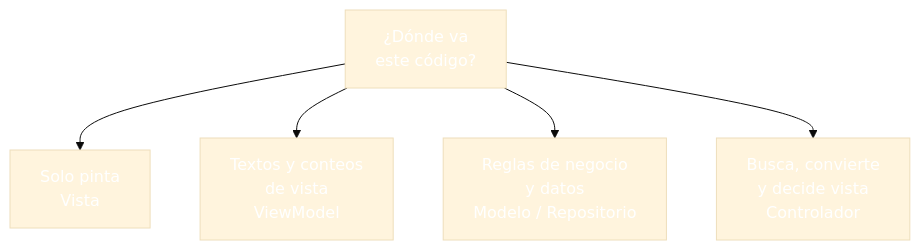
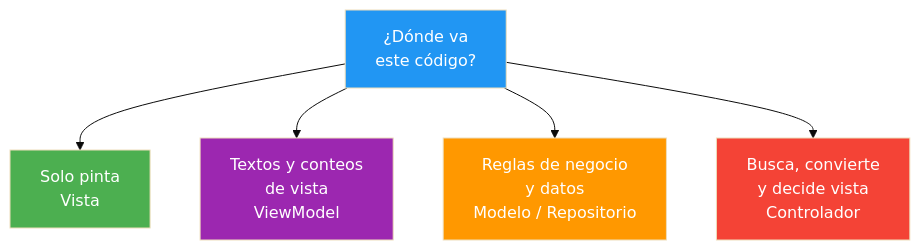
One commit to joseluisgs/DesarrolloWebEntornosServidor-03-2026-2027 changed the fourth of 4 diagrams in 09-mvc-vistas-viewmodels.md. Above: the diagram before and after it, drawn with Mermaid (base theme). The commit also changed other lines of this file and 25 other files, not shown here.

Commit message:
docs: corregir los estilos Mermaid de los temas y alinear el dominio del tema 25 con ProductosApp

````diff
--- a/09-mvc-vistas-viewmodels.md
+++ b/09-mvc-vistas-viewmodels.md
@@ -415,12 +415,12 @@
 ```mermaid
 graph TD
     Q["¿Dónde va<br/>este código?"] --> A["Solo pinta<br/>Vista"]
     Q --> B["Textos y conteos<br/>de vista<br/>ViewModel"]
     Q --> C["Reglas de negocio<br/>y datos<br/>Modelo / Repositorio"]
     Q --> D["Busca, convierte<br/>y decide vista<br/>Controlador"]
-    style Q fill:#2196F,color:#fff3,color:#fff
-    style A fill:#4CAF5,color:#fff0,color:#fff
-    style B fill:#9C27B,color:#fff0,color:#fff
-    style C fill:#FF980,color:#fff0,color:#fff
-    style D fill:#f4433,color:#fff6,color:#fff
+    style Q fill:#2196F3,color:#fff
+    style A fill:#4CAF50,color:#fff
+    style B fill:#9C27B0,color:#fff
+    style C fill:#FF9800,color:#fff
+    style D fill:#f44336,color:#fff
 ```
````
